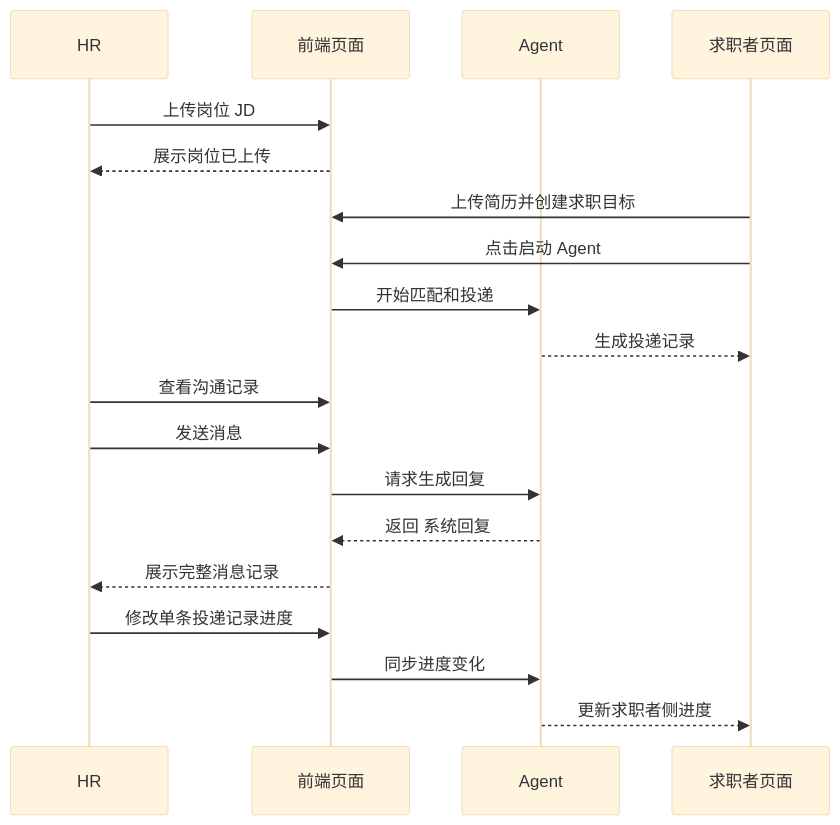
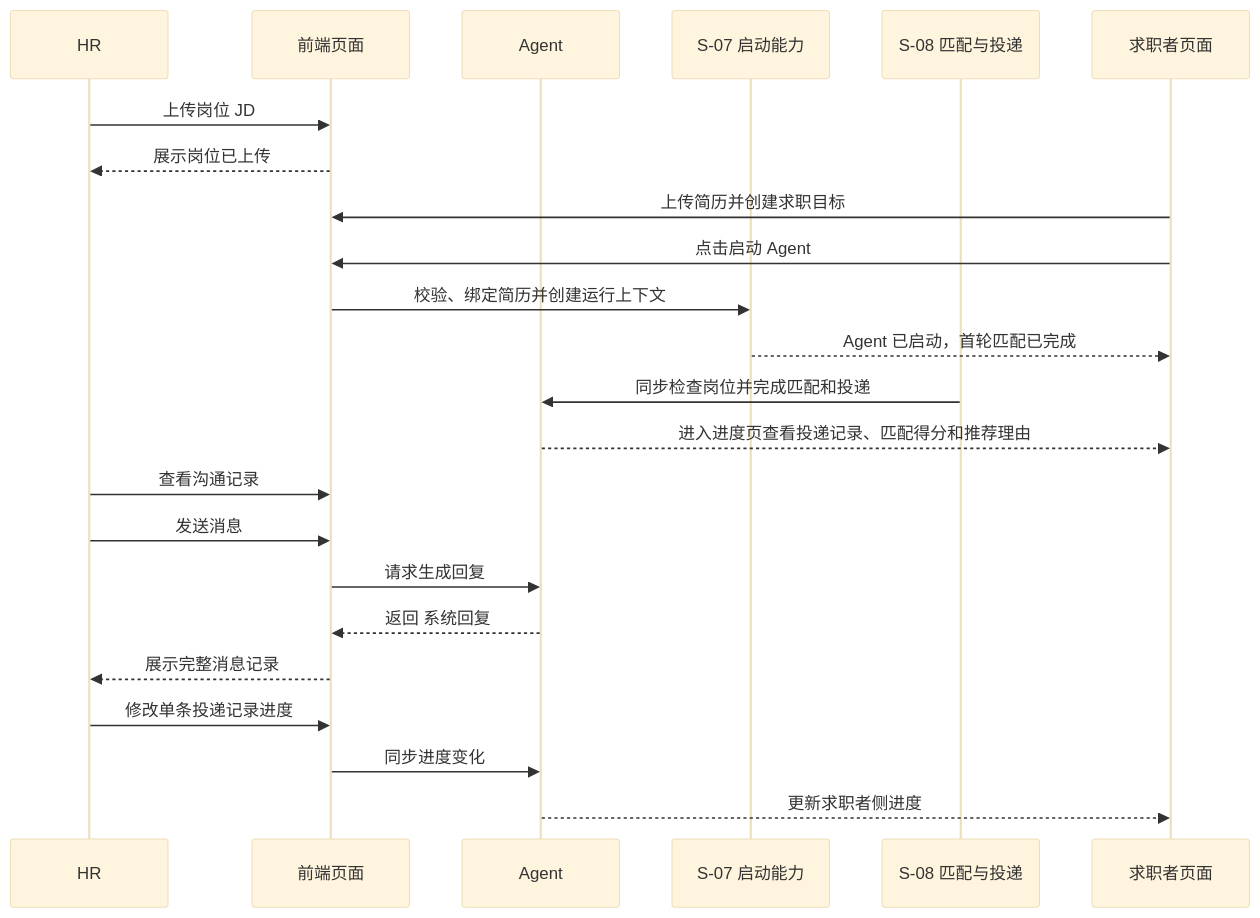
One commit to mingyuexinc/Careerpass changed the third of 5 diagrams in careerpass-frontend/docs/product/frontend-acceptance-flow.md. Above: the diagram before and after it, drawn with Mermaid (base theme). The commit also changed other lines of this file and 29 other files, not shown here.

````diff
--- a/careerpass-frontend/docs/product/frontend-acceptance-flow.md
+++ b/careerpass-frontend/docs/product/frontend-acceptance-flow.md
@@ -203,22 +204,26 @@
 ```mermaid
 sequenceDiagram
     participant HR
     participant UI as 前端页面
     participant Agent
+    participant S07 as S-07 启动能力
+    participant S08 as S-08 匹配与投递
     participant Candidate as 求职者页面
 
     HR->>UI: 上传岗位 JD
     UI-->>HR: 展示岗位已上传
     Candidate->>UI: 上传简历并创建求职目标
     Candidate->>UI: 点击启动 Agent
-    UI->>Agent: 开始匹配和投递
-    Agent-->>Candidate: 生成投递记录
+    UI->>S07: 校验、绑定简历并创建运行上下文
+    S07-->>Candidate: Agent 已启动，首轮匹配已完成
+    S08->>Agent: 同步检查岗位并完成匹配和投递
+    Agent-->>Candidate: 进入进度页查看投递记录、匹配得分和推荐理由
     HR->>UI: 查看沟通记录
     HR->>UI: 发送消息
     UI->>Agent: 请求生成回复
     Agent-->>UI: 返回 系统回复
     UI-->>HR: 展示完整消息记录
     HR->>UI: 修改单条投递记录进度
     UI->>Agent: 同步进度变化
     Agent-->>Candidate: 更新求职者侧进度
 ```
````
